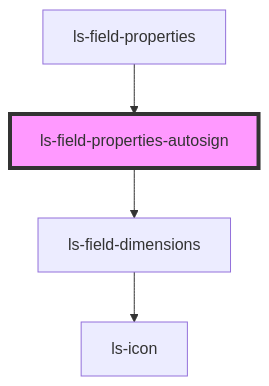
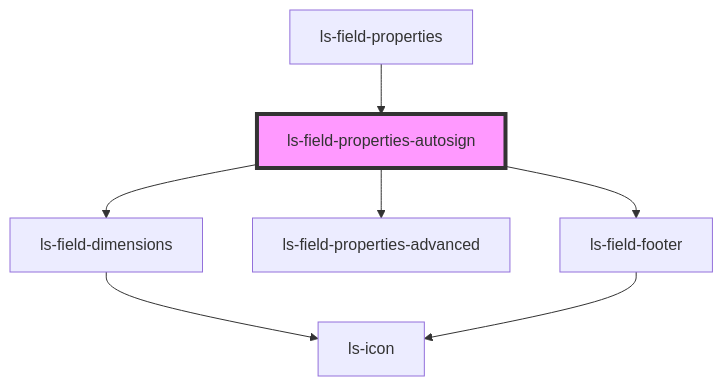
Before and after one commit to legalesign/ls-document-viewer: the diagram in src/components/ls-field-properties-autosign/readme.md, drawn with Mermaid. The commit also changed other lines of this file and 25 other files, not shown here.

````diff
--- a/src/components/ls-field-properties-autosign/readme.md
+++ b/src/components/ls-field-properties-autosign/readme.md
@@ -26,7 +28,10 @@
 ```mermaid
 graph TD;
   ls-field-properties-autosign --> ls-field-dimensions
+  ls-field-properties-autosign --> ls-field-properties-advanced
+  ls-field-properties-autosign --> ls-field-footer
   ls-field-dimensions --> ls-icon
+  ls-field-footer --> ls-icon
   ls-field-properties --> ls-field-properties-autosign
   style ls-field-properties-autosign fill:#f9f,stroke:#333,stroke-width:4px
 ```
````
